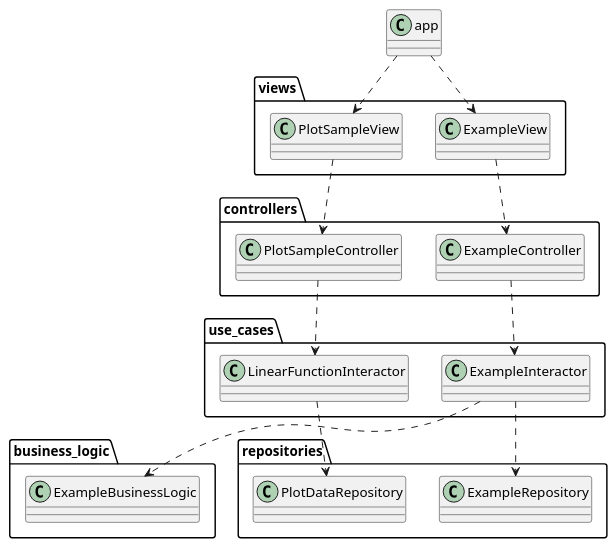
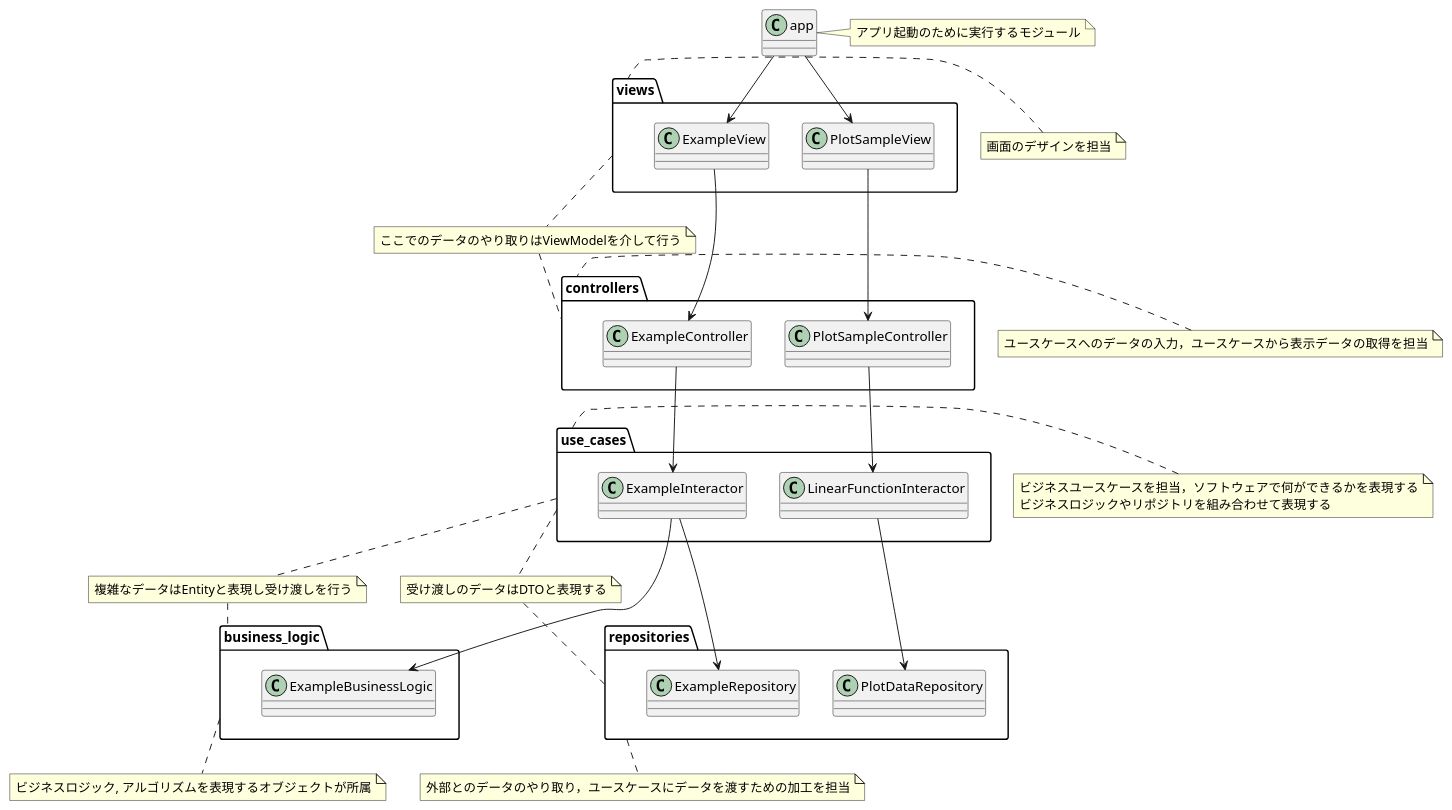
Before and after one commit to yasuaki-344/streamlit-docker: the diagram in docs/class-diagram.puml, drawn with PlantUML. The commit also changed 1 other file, not shown here.

Commit message:
Update class diagram

```diff
--- a/docs/class-diagram.puml
+++ b/docs/class-diagram.puml
@@ -1,37 +1,57 @@
 @startuml class-diagram
 class app
-
+note right of app: アプリ起動のために実行するモジュール
 namespace views {
   class ExampleView
   class PlotSampleView
 }
-app ..> views.ExampleView
-app ..> views.PlotSampleView
+note left of views: 画面のデザインを担当
+
+app --> views.ExampleView
+app --> views.PlotSampleView
 
 namespace controllers {
   class ExampleController
   class PlotSampleController
 }
-views.ExampleView ..> controllers.ExampleController
-views.PlotSampleView ..> controllers.PlotSampleController
+note left of controllers: ユースケースへのデータの入力，ユースケースから表示データの取得を担当
+
+views.ExampleView --> controllers.ExampleController
+views.PlotSampleView --> controllers.PlotSampleController
+
+note "ここでのデータのやり取りはViewModelを介して行う" as viewmodel
+views .. viewmodel
+viewmodel .. controllers
 
 namespace use_cases {
   class ExampleInteractor
   class LinearFunctionInteractor
 }
-controllers.ExampleController..> use_cases.ExampleInteractor
-controllers.PlotSampleController..> use_cases.LinearFunctionInteractor
+note left of use_cases: ビジネスユースケースを担当，ソフトウェアで何ができるかを表現する\nビジネスロジックやリポジトリを組み合わせて表現する
+
+controllers.ExampleController --> use_cases.ExampleInteractor
+controllers.PlotSampleController --> use_cases.LinearFunctionInteractor
 
 namespace business_logic {
   class ExampleBusinessLogic
 }
-use_cases.ExampleInteractor ..> business_logic.ExampleBusinessLogic
+note bottom of business_logic: ビジネスロジック, アルゴリズムを表現するオブジェクトが所属
+use_cases.ExampleInteractor --> business_logic.ExampleBusinessLogic
+
+note "複雑なデータはEntityと表現し受け渡しを行う" as enitity
+use_cases .. enitity
+enitity .. business_logic
 
 namespace repositories {
   class ExampleRepository
   class PlotDataRepository
 }
-use_cases.ExampleInteractor ..> repositories.ExampleRepository
-use_cases.LinearFunctionInteractor ..> repositories.PlotDataRepository
+note bottom of repositories: 外部とのデータのやり取り，ユースケースにデータを渡すための加工を担当
+use_cases.ExampleInteractor --> repositories.ExampleRepository
+use_cases.LinearFunctionInteractor --> repositories.PlotDataRepository
+
+note "受け渡しのデータはDTOと表現する" as dto
+use_cases .. dto
+dto .. repositories
 
 @enduml
```
